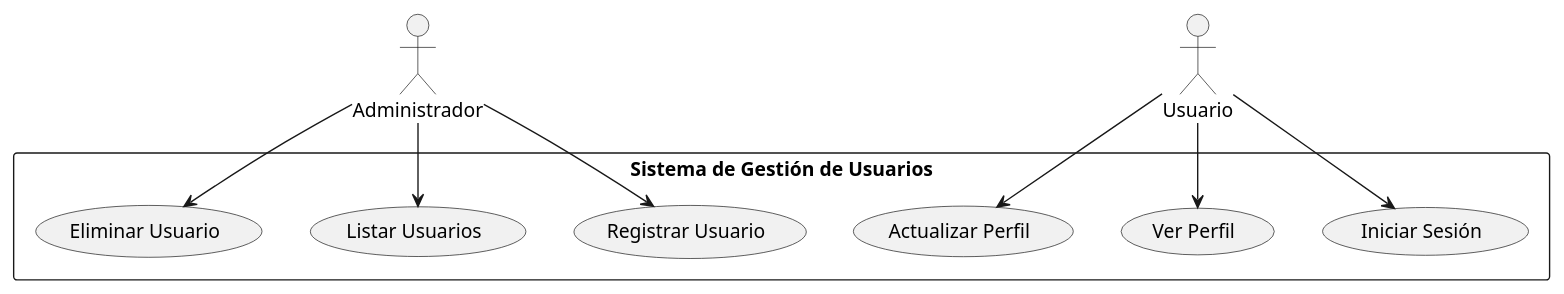
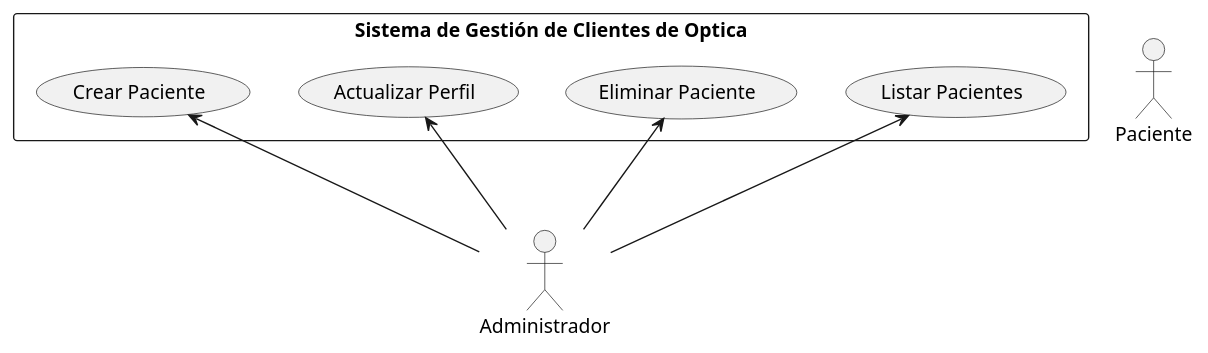
The diagram in Documentation/Diagrams.plantuml (natiicruuz/OpticsUsersManagementSystem), drawn with PlantUML before and after one commit. The commit also changed 4 other files, not shown here.

```diff
--- a/Documentation/Diagrams.plantuml
+++ b/Documentation/Diagrams.plantuml
@@ -1,20 +1,17 @@
 @startuml
 actor "Administrador" as Admin
-actor "Usuario" as User
+actor "Paciente" as Paciente
 
-rectangle "Sistema de Gestión de Usuarios" {
-    (Registrar Usuario) as UC1
-    (Iniciar Sesión) as UC2
-    (Ver Perfil) as UC3
-    (Actualizar Perfil) as UC4
-    (Eliminar Usuario) as UC5
-    (Listar Usuarios) as UC6
+rectangle "Sistema de Gestión de Clientes de Optica" {
+    (Crear Paciente) as UC1
+    (Actualizar Perfil) as UC2
+    (Eliminar Paciente) as UC3
+    (Listar Pacientes) as UC4
 
-    Admin --> UC1
-    Admin --> UC5
-    Admin --> UC6
-    User --> UC2
-    User --> UC3
-    User --> UC4
+    Admin -up-> UC1
+    Admin -up-> UC2
+    Admin -up-> UC3
+    Admin -up-> UC4
 }
+
 @enduml
```
